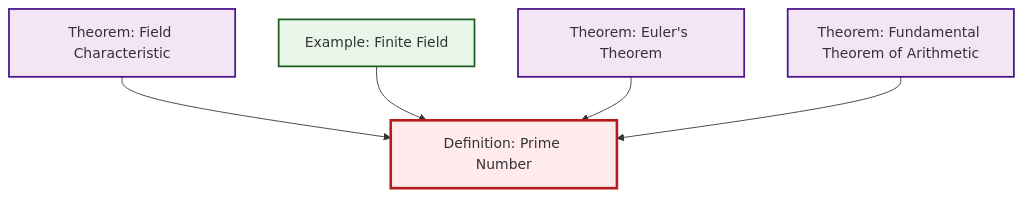
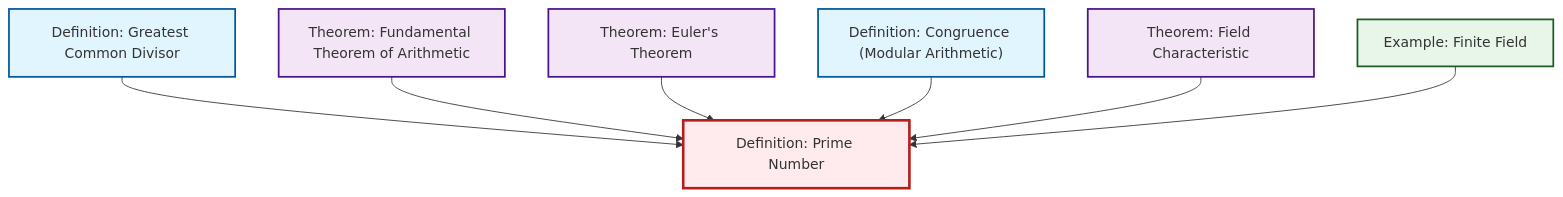
Before and after one commit to RK0429/ModernMath: the diagram in content/ja/number-theory/def-prime.qmd, drawn with Mermaid. The commit also changed 417 other files, not shown here.

````diff
--- a/content/ja/number-theory/def-prime.qmd
+++ b/content/ja/number-theory/def-prime.qmd
@@ -54,23 +54,29 @@
 ```{mermaid}
 %%| fig-cap: "Local dependency graph"
 graph TD
     classDef definition fill:#e1f5fe,stroke:#01579b,stroke-width:2px
     classDef theorem fill:#f3e5f5,stroke:#4a148c,stroke-width:2px
     classDef axiom fill:#fff3e0,stroke:#e65100,stroke-width:2px
     classDef example fill:#e8f5e9,stroke:#1b5e20,stroke-width:2px
     classDef current fill:#ffebee,stroke:#b71c1c,stroke-width:3px
-    thm-fundamental-arithmetic["Theorem: Fundamental Theorem of Arithmetic"]:::theorem
+    def-gcd["Definition: Greatest Common Divisor"]:::definition
     ex-finite-field["Example: Finite Field"]:::example
     thm-euler["Theorem: Euler's Theorem"]:::theorem
     thm-field-characteristic["Theorem: Field Characteristic"]:::theorem
+    thm-fundamental-arithmetic["Theorem: Fundamental Theorem of Arithmetic"]:::theorem
+    def-congruence["Definition: Congruence (Modular Arithmetic)"]:::definition
     def-prime["Definition: Prime Number"]:::definition
+    def-gcd --> def-prime
+    thm-fundamental-arithmetic --> def-prime
+    thm-euler --> def-prime
+    def-congruence --> def-prime
     thm-field-characteristic --> def-prime
     ex-finite-field --> def-prime
-    thm-euler --> def-prime
-    thm-fundamental-arithmetic --> def-prime
     class def-prime current
-    click thm-fundamental-arithmetic "thm-fundamental-arithmetic.html" "Theorem: Fundamental Theorem of Arithmeticへ"
+    click def-gcd "def-gcd.html" "Definition: Greatest Common Divisorへ"
     click ex-finite-field "ex-finite-field.html" "Example: Finite Fieldへ"
     click thm-euler "thm-euler.html" "Theorem: Euler's Theoremへ"
     click thm-field-characteristic "thm-field-characteristic.html" "Theorem: Field Characteristicへ"
+    click thm-fundamental-arithmetic "thm-fundamental-arithmetic.html" "Theorem: Fundamental Theorem of Arithmeticへ"
+    click def-congruence "def-congruence.html" "Definition: Congruence (Modular Arithmetic)へ"
 ```
````
